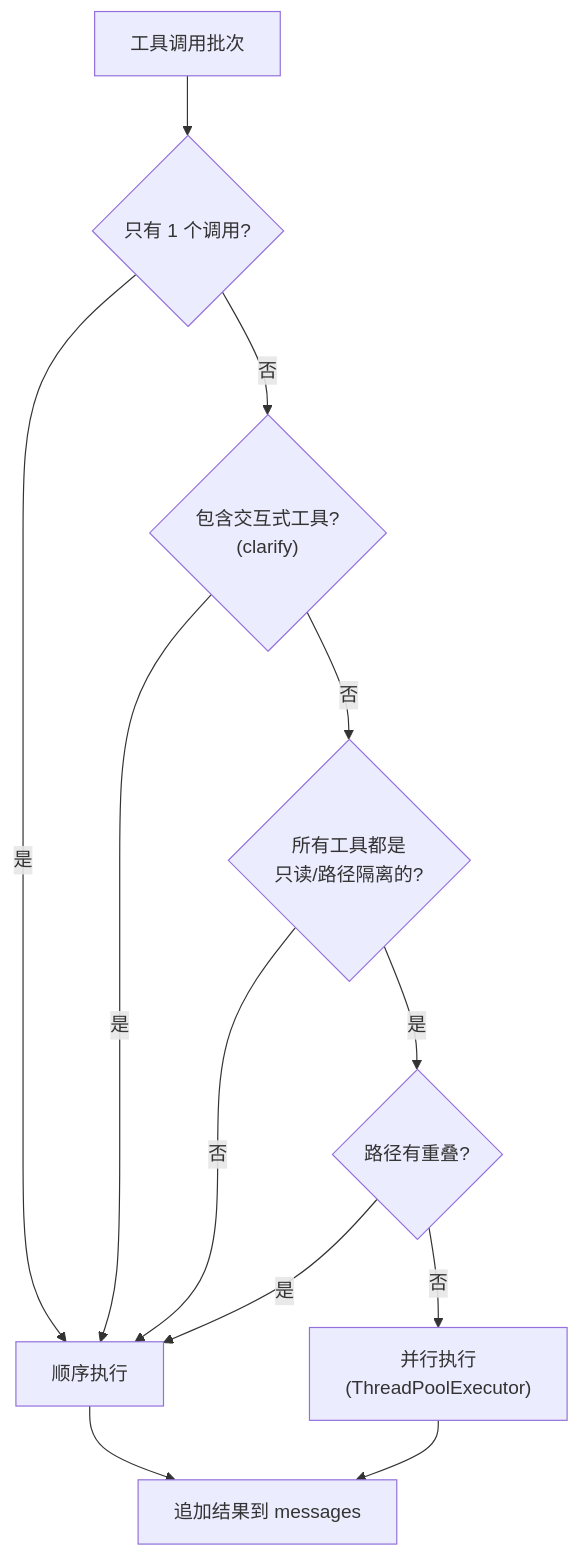
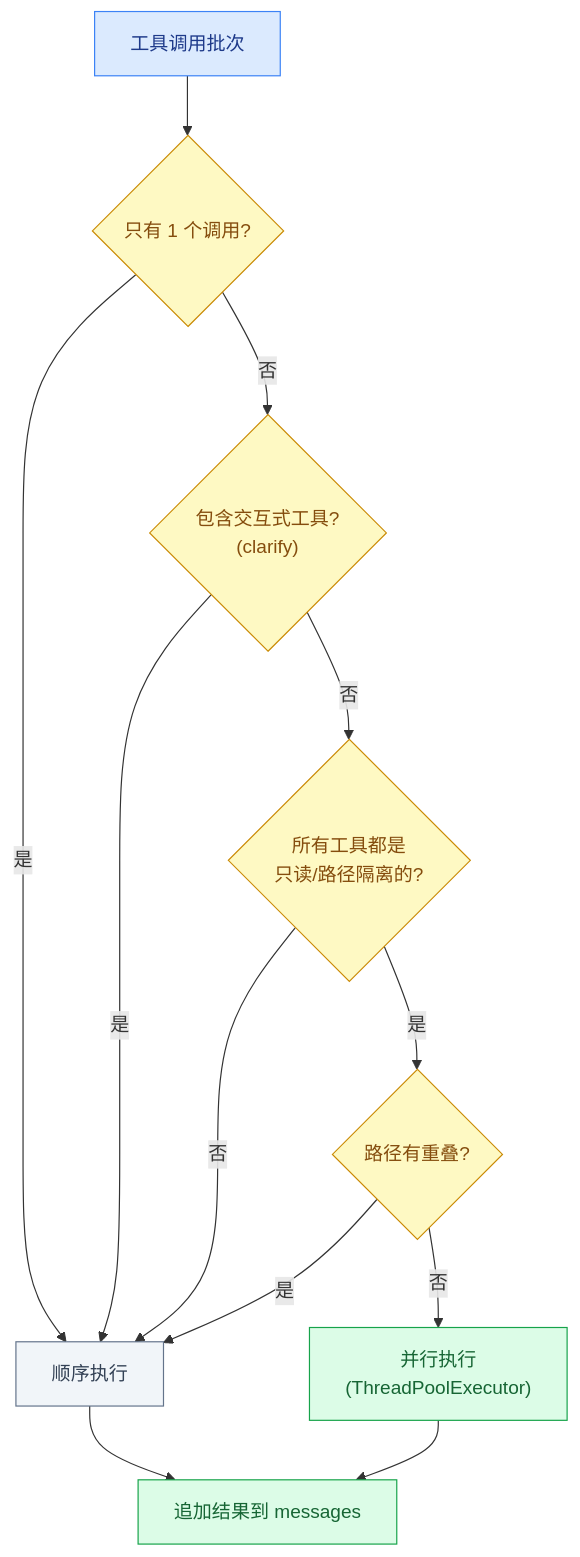
Before and after one commit to pty819/hermes-docs: the sixth of 7 diagrams in chapters/agent-loop.rst, drawn with Mermaid. The commit also changed other lines of this file and 27 other files, not shown here.

```diff
--- a/chapters/agent-loop.rst
+++ b/chapters/agent-loop.rst
@@ -721,15 +724,27 @@
 .. mermaid::
+   :name: parallel-vs-sequential
+   :caption: 并行 vs 顺序执行决策
 
-   graph TD
+   flowchart TD
        START["工具调用批次"] --> CHECK1{"只有 1 个调用?"}
        CHECK1 -->|是| SEQ["顺序执行"]
        CHECK1 -->|否| CHECK2{"包含交互式工具?<br/>(clarify)"}
        CHECK2 -->|是| SEQ
        CHECK2 -->|否| CHECK3{"所有工具都是<br/>只读/路径隔离的?"}
        CHECK3 -->|否| SEQ
        CHECK3 -->|是| CHECK4{"路径有重叠?"}
        CHECK4 -->|是| SEQ
        CHECK4 -->|否| PAR["并行执行<br/>(ThreadPoolExecutor)"]
-   
+
        SEQ --> RESULT["追加结果到 messages"]
        PAR --> RESULT
+
+       classDef start fill:#dbeafe,stroke:#3b82f6,color:#1e3a8a
+       classDef warn fill:#fef9c3,stroke:#ca8a04,color:#854d0e
+       classDef success fill:#dcfce7,stroke:#16a34a,color:#166534
+       classDef info fill:#f1f5f9,stroke:#64748b,color:#334155
+       class START start
+       class CHECK1,CHECK2,CHECK3,CHECK4 warn
+       class SEQ info
+       class PAR success
+       class RESULT success
```
